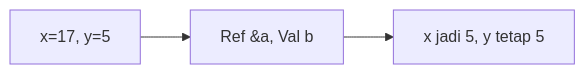
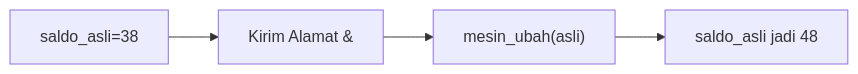
One commit to amnahwaida/OSNK_INF_PREP changed the fourth of 25 diagrams in part-c-pemahaman-cpp/04-fungsi/latihan/set-05.md. Above: the diagram before and after it, drawn with Mermaid. The commit also changed other lines of this file and 71 other files, not shown here.

````diff
--- a/part-c-pemahaman-cpp/04-fungsi/latihan/set-05.md
+++ b/part-c-pemahaman-cpp/04-fungsi/latihan/set-05.md
@@ -101,5 +105,6 @@
 ```mermaid
 graph LR
-A["x=17, y=5"] --> B["Ref &a, Val b"]
-B --> C["x jadi 5, y tetap 5"]
+A["saldo_asli=38"] --> B["Kirim Alamat &"]
+B --> C["mesin_ubah(asli)"]
+C --> D["saldo_asli jadi 48"]
 ```
````
